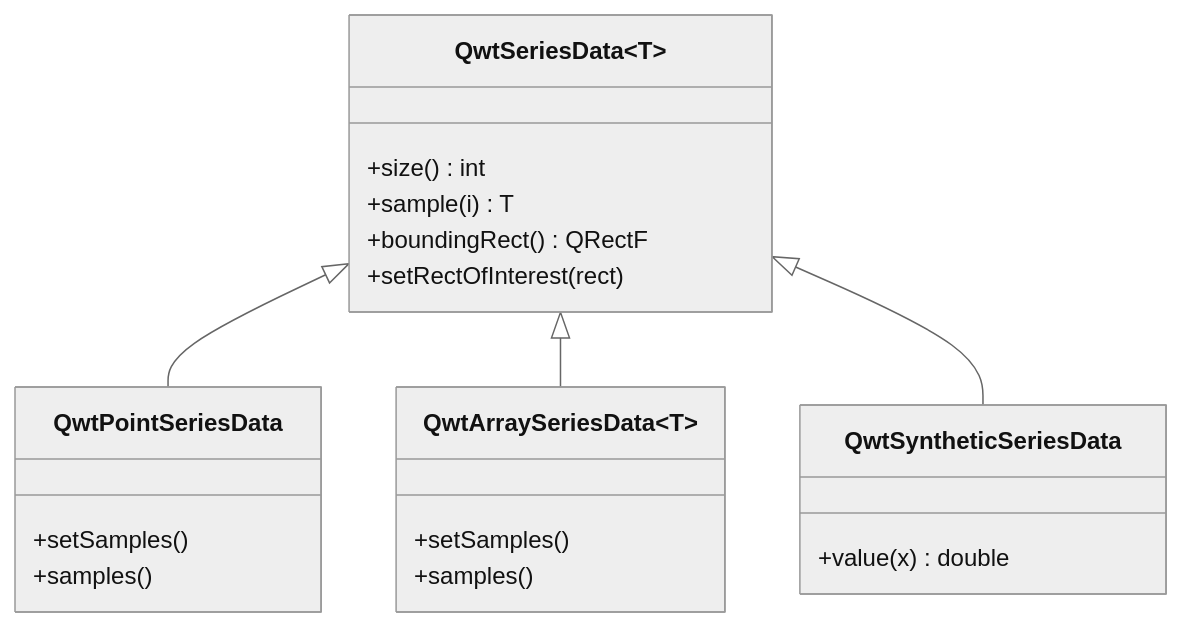
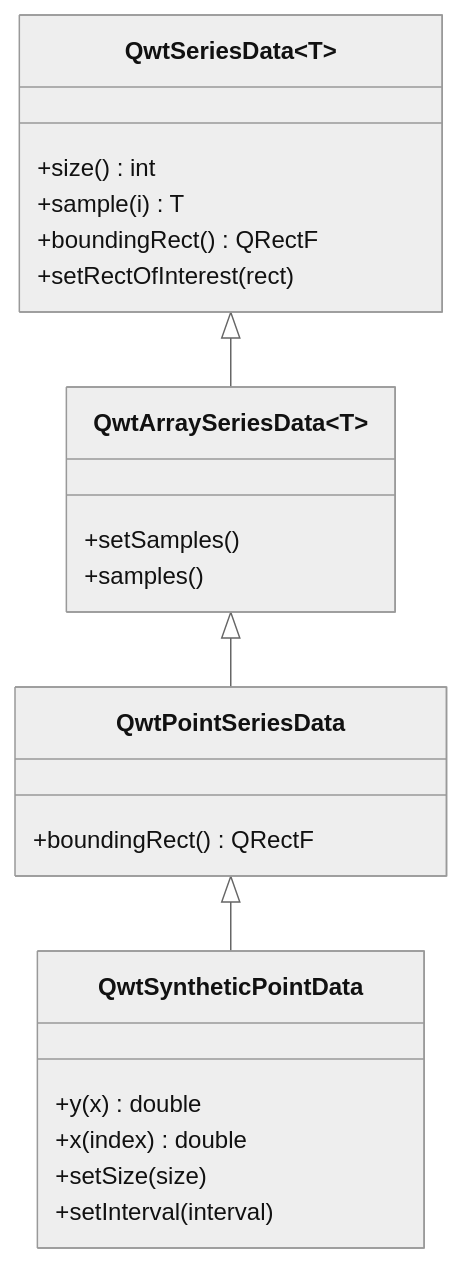
One commit to czyt1988/QWT changed the diagram in docs/use-guide/general/series-data.md. Above: the diagram before and after it, drawn with Mermaid (neutral theme). The commit also changed other lines of this file and 27 other files, not shown here.

````diff
--- a/docs/use-guide/general/series-data.md
+++ b/docs/use-guide/general/series-data.md
@@ -20,27 +20,29 @@
 ```mermaid
 classDiagram
     class QwtSeriesData~T~ {
         +size() int
         +sample(i) T
         +boundingRect() QRectF
         +setRectOfInterest(rect)
     }
 
-    class QwtPointSeriesData {
-        +setSamples()
-        +samples()
-    }
-
     class QwtArraySeriesData~T~ {
         +setSamples()
         +samples()
     }
 
-    class QwtSyntheticSeriesData {
-        +value(x) double
+    class QwtPointSeriesData {
+        +boundingRect() QRectF
     }
 
-    QwtSeriesData <|-- QwtPointSeriesData
+    class QwtSyntheticPointData {
+        +y(x) double
+        +x(index) double
+        +setSize(size)
+        +setInterval(interval)
+    }
+
     QwtSeriesData <|-- QwtArraySeriesData
-    QwtSeriesData <|-- QwtSyntheticSeriesData
+    QwtArraySeriesData <|-- QwtPointSeriesData
+    QwtPointSeriesData <|-- QwtSyntheticPointData
 ```
````
